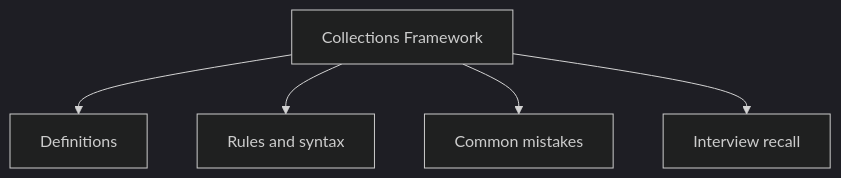
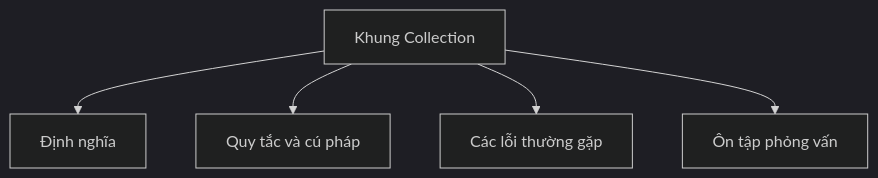
The diagram in vi/19-collections-framework/README.md (PhuThien2005/theoretical-of-java-core), drawn with Mermaid (dark theme) before and after one commit. The commit also changed other lines of this file and 229 other files, not shown here.

````diff
--- a/vi/19-collections-framework/README.md
+++ b/vi/19-collections-framework/README.md
@@ -100,7 +100,7 @@
 ```mermaid
 flowchart TD
-    A[Collections Framework] --> B[Definitions]
-    A --> C[Rules and syntax]
-    A --> D[Common mistakes]
-    A --> E[Interview recall]
+    A[Khung Collection] --> B[Định nghĩa]
+    A --> C[Quy tắc và cú pháp]
+    A --> D[Các lỗi thường gặp]
+    A --> E[Ôn tập phỏng vấn]
 ```
````
